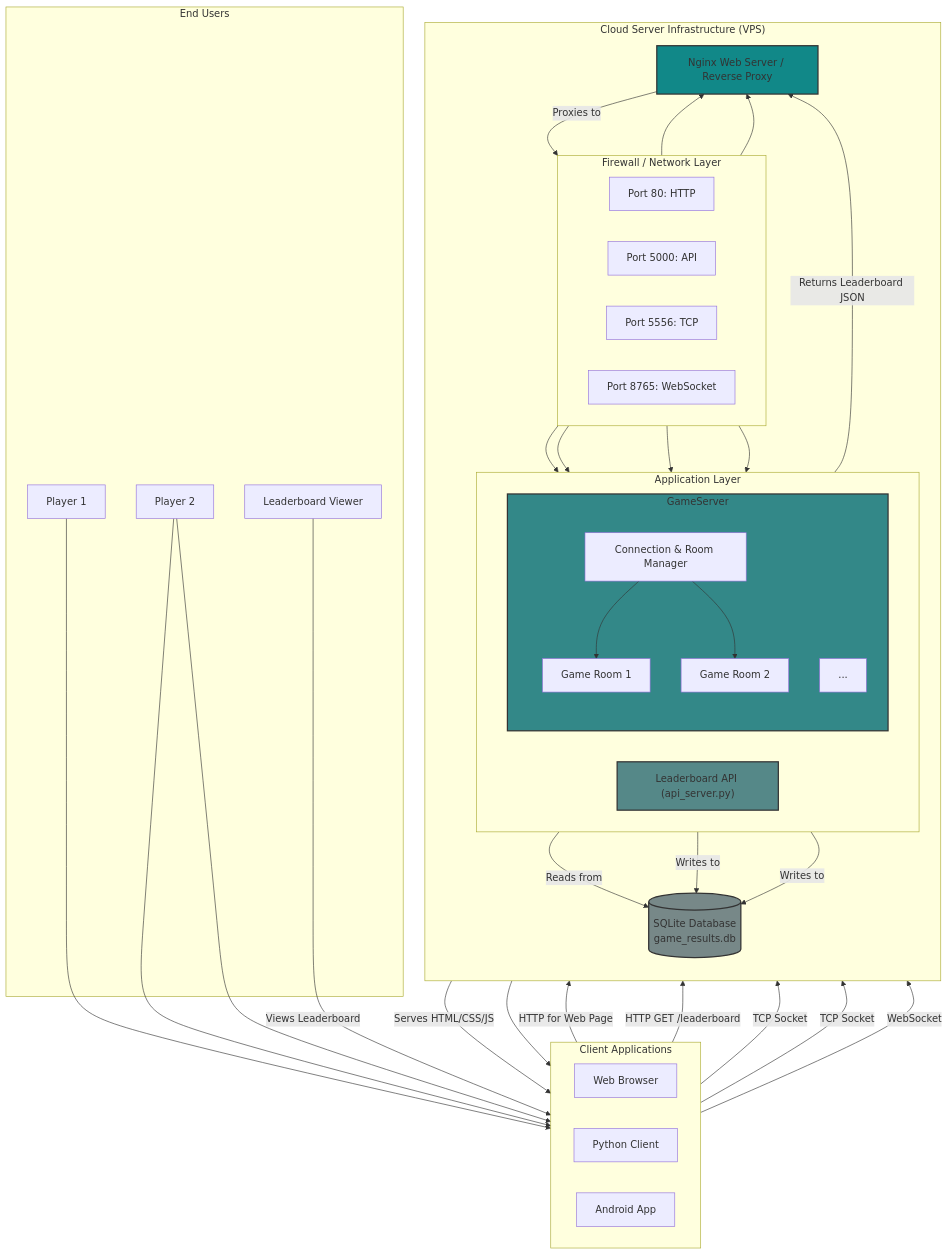
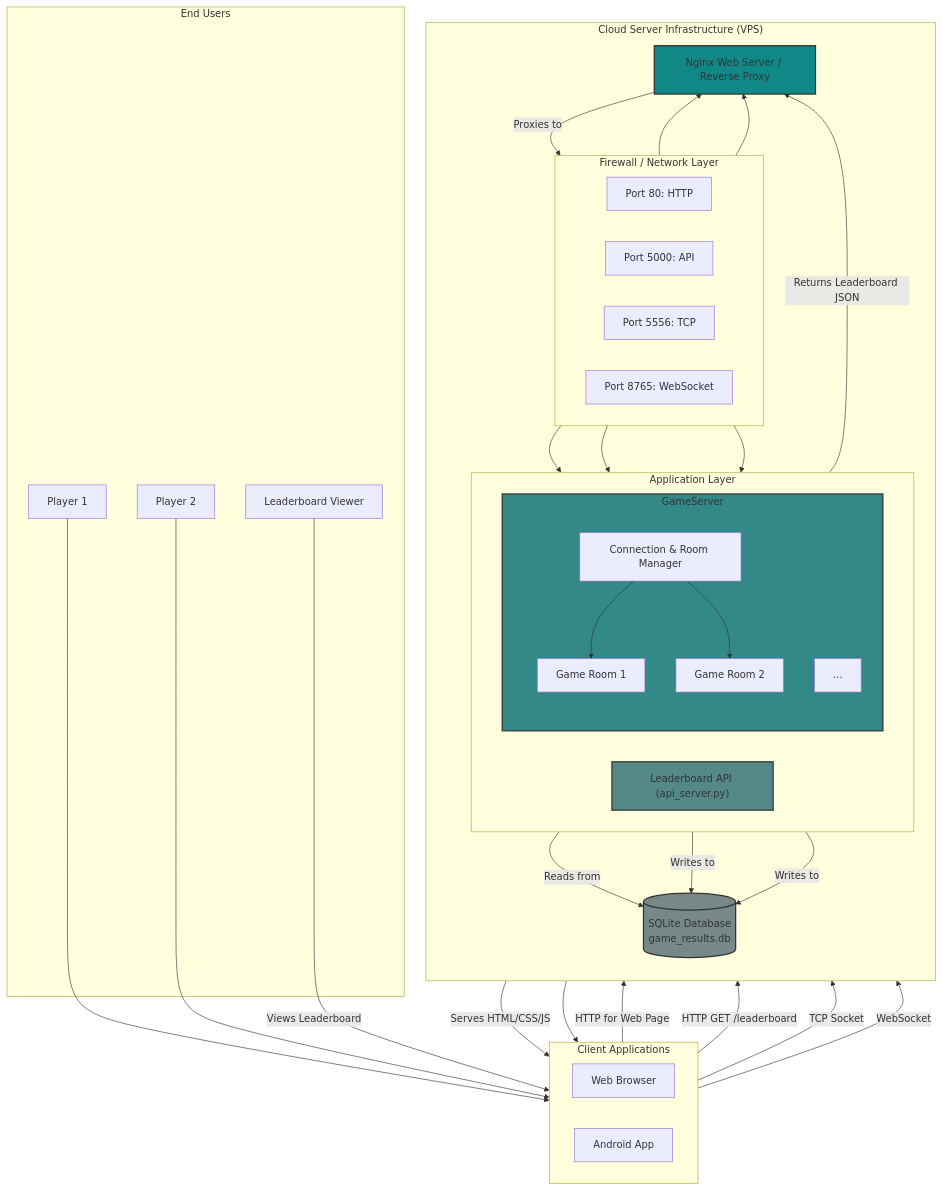
Before and after one commit to paragpachpute/multiplayer-tic-tac-to: the diagram in docs/system_architecture.md, drawn with Mermaid.

Commit message:
update system architecture file

````diff
--- a/docs/system_architecture.md
+++ b/docs/system_architecture.md
@@ -1,76 +1,73 @@
 ```mermaid
 graph TD
     subgraph "End Users"
         UserA[Player 1]
         UserB[Player 2]
         UserC[Leaderboard Viewer]
     end
 
     subgraph "Client Applications"
         direction LR
         Browser[Web Browser]
-        Desktop[Python Client]
         Android[Android App]
     end
 
     subgraph "Cloud Server Infrastructure (VPS)"
         direction TB
 
         subgraph "Firewall / Network Layer"
             direction LR
             Port80[Port 80: HTTP]
             Port5000[Port 5000: API]
             Port5556[Port 5556: TCP]
             Port8765[Port 8765: WebSocket]
         end
         
         Nginx[Nginx Web Server / Reverse Proxy]
 
         subgraph "Application Layer"
             direction LR
             GameServer["Multi-Game Server (server.py)"]
             APIServer["Leaderboard API (api_server.py)"]
         end
 
         Database[(SQLite Database<br>game_results.db)]
         
         subgraph GameServer
             direction TB
             RoomManager["Connection & Room Manager"]
             GameRoom1["Game Room 1"]
             GameRoom2["Game Room 2"]
             GameRoomN["..."]
         end
     end
     
     UserA --> Browser
-    UserB --> Desktop
     UserB --> Android
 
     UserC -- "Views Leaderboard" --> Browser
 
     %% Data Flows
     Browser -- "HTTP for Web Page" --> Port80 --> Nginx
     Nginx -- "Serves HTML/CSS/JS" --> Browser
     
     Browser -- "HTTP GET /leaderboard" --> Port80 --> Nginx
     APIServer -- "Reads from" --> Database
     APIServer -- "Returns Leaderboard JSON" --> Nginx --> Browser
     Nginx -- "Proxies to" --> Port5000 --> APIServer
 
-    Desktop -- "TCP Socket" --> Port5556 --> RoomManager
     Android -- "TCP Socket" --> Port5556 --> RoomManager
     Browser -- "WebSocket" --> Port8765 --> RoomManager
     
     RoomManager --> GameRoom1
     RoomManager --> GameRoom2
     
     GameRoom1 -- "Writes to" --> Database
     GameRoom2 -- "Writes to" --> Database
 
     %% Styling
     style Nginx fill:#188,stroke:#333,stroke-width:2px
     style GameServer fill:#388,stroke:#333,stroke-width:2px
     style APIServer fill:#588,stroke:#333,stroke-width:2px
     style Database fill:#788,stroke:#333,stroke-width:2px
 ```
````
